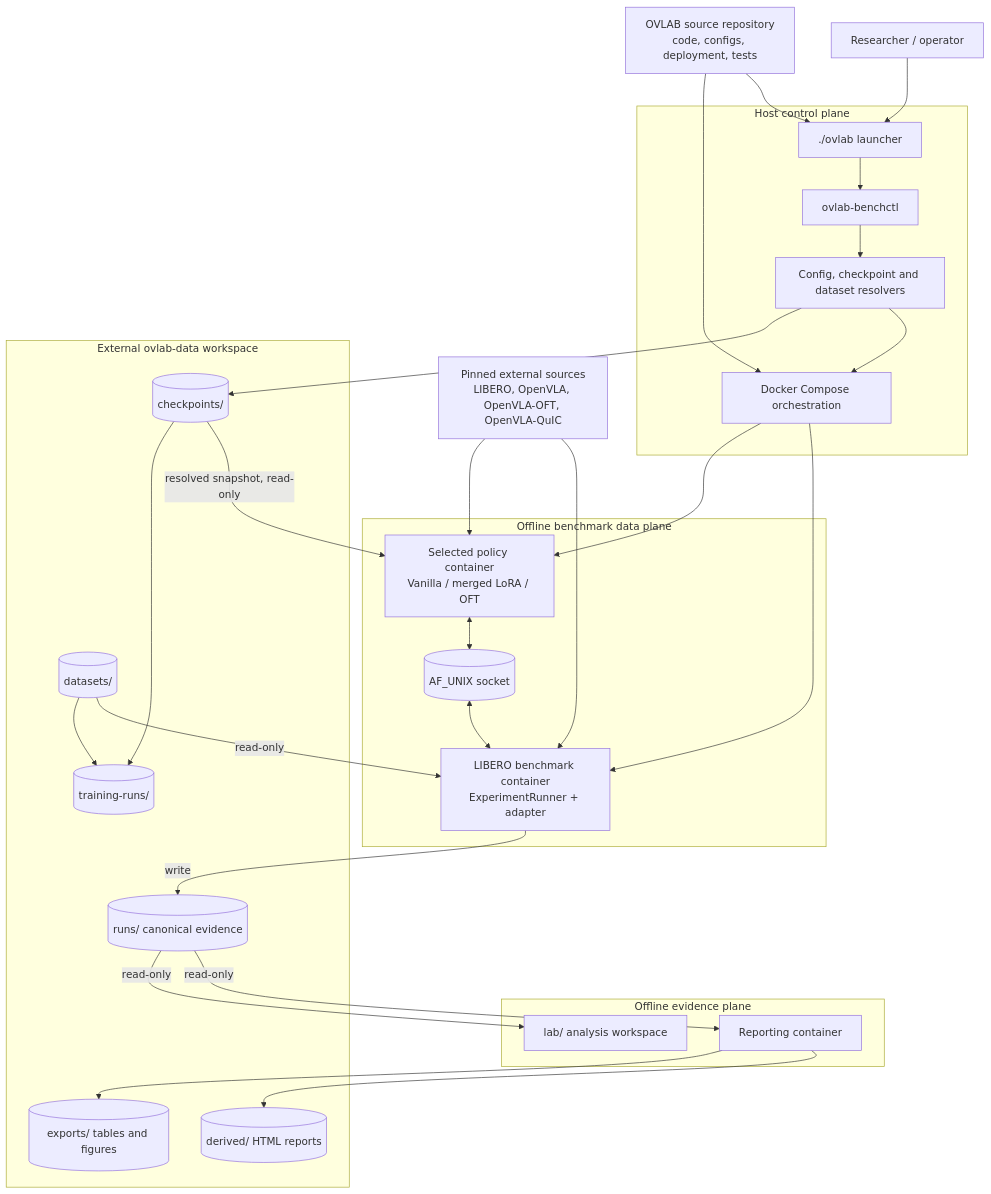
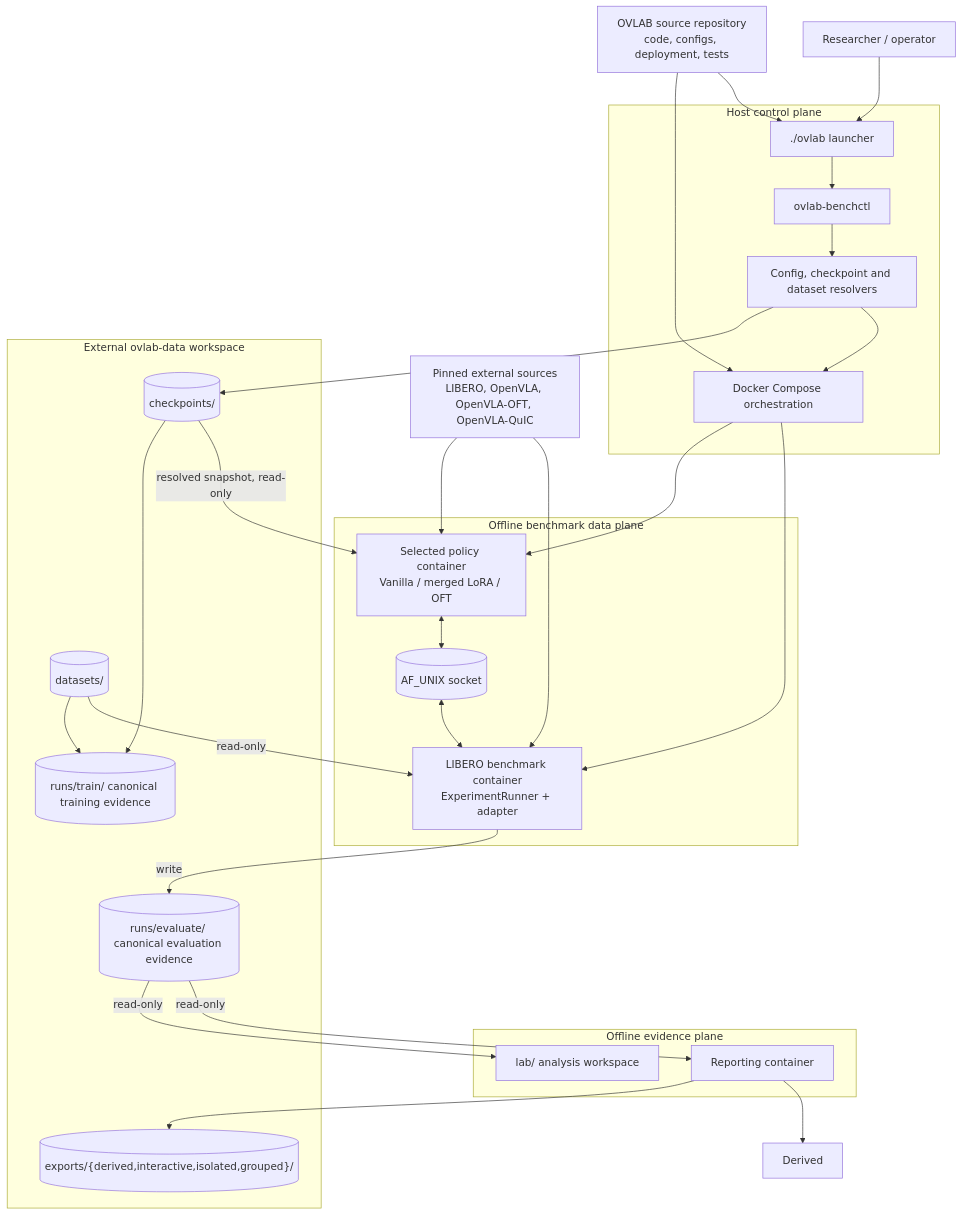
The first of 9 diagrams in ARCHITECTURE.md (kon0327/ovlab), drawn with Mermaid before and after one commit. The commit also changed other lines of this file and 36 other files, not shown here.

````diff
--- a/ARCHITECTURE.md
+++ b/ARCHITECTURE.md
@@ -32,53 +32,52 @@
 ```mermaid
 flowchart TB
     User["Researcher / operator"]
     Repo["OVLAB source repository<br/>code, configs, deployment, tests"]
     External["Pinned external sources<br/>LIBERO, OpenVLA, OpenVLA-OFT, OpenVLA-QuIC"]
 
     subgraph Host["Host control plane"]
         Launcher["./ovlab launcher"]
         CLI["ovlab-benchctl"]
         Resolver["Config, checkpoint and dataset resolvers"]
         Compose["Docker Compose orchestration"]
     end
 
     subgraph Runtime["Offline benchmark data plane"]
         Benchmark["LIBERO benchmark container<br/>ExperimentRunner + adapter"]
         RPC[("AF_UNIX socket")]
         Policy["Selected policy container<br/>Vanilla / merged LoRA / OFT"]
     end
 
     subgraph Offline["Offline evidence plane"]
         Reporting["Reporting container"]
         Lab["lab/ analysis workspace"]
     end
 
     subgraph Data["External ovlab-data workspace"]
         Checkpoints[("checkpoints/")]
         Datasets[("datasets/")]
-        Runs[("runs/ canonical evidence")]
-        Derived[("derived/ HTML reports")]
-        Exports[("exports/ tables and figures")]
-        TrainingRuns[("training-runs/")]
+        Runs[("runs/evaluate/ canonical evaluation evidence")]
+        Exports[("exports/{derived,interactive,isolated,grouped}/")]
+        TrainingRuns[("runs/train/ canonical training evidence")]
     end
 
     User --> Launcher --> CLI
     Repo --> Launcher
     Repo --> Compose
     External --> Benchmark
     External --> Policy
     CLI --> Resolver --> Compose
     Resolver --> Checkpoints
     Compose --> Benchmark
     Compose --> Policy
     Policy <--> RPC <--> Benchmark
     Datasets -->|read-only| Benchmark
     Checkpoints -->|resolved snapshot, read-only| Policy
     Benchmark -->|write| Runs
     Runs -->|read-only| Reporting
     Reporting --> Derived
     Reporting --> Exports
     Runs -->|read-only| Lab
     Datasets --> TrainingRuns
     Checkpoints --> TrainingRuns
 ```
````
